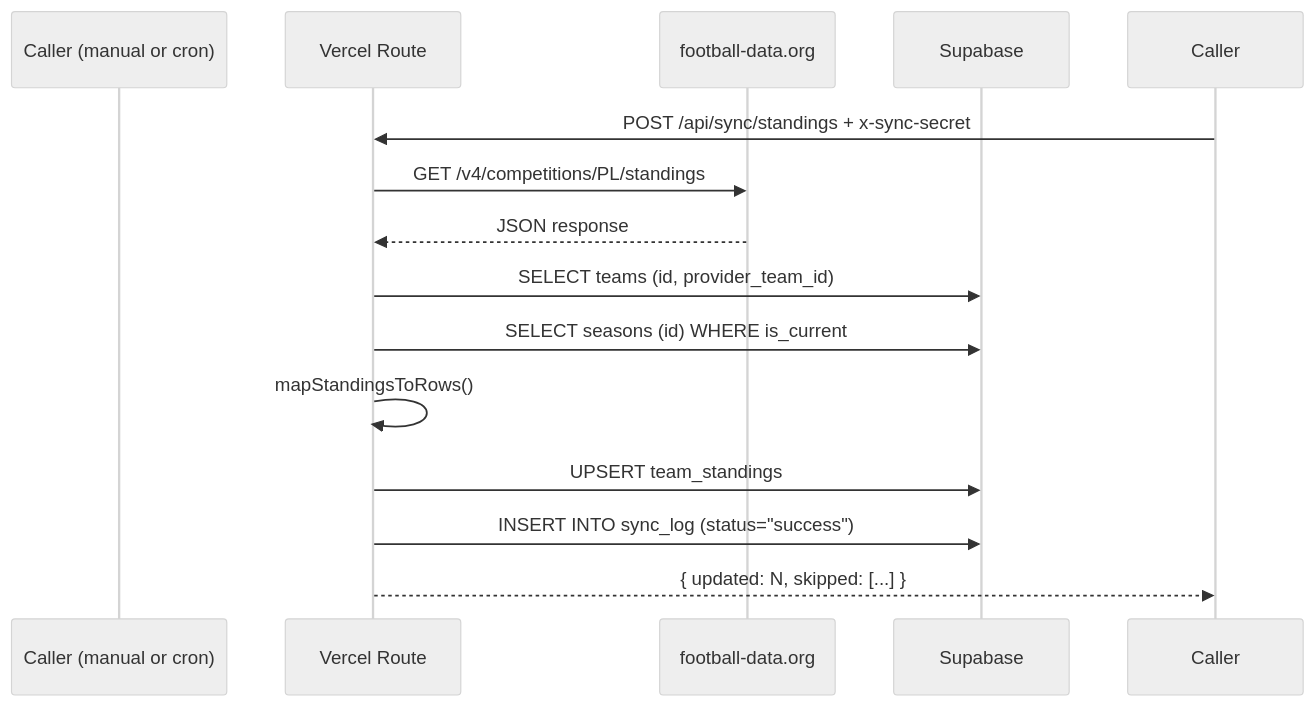
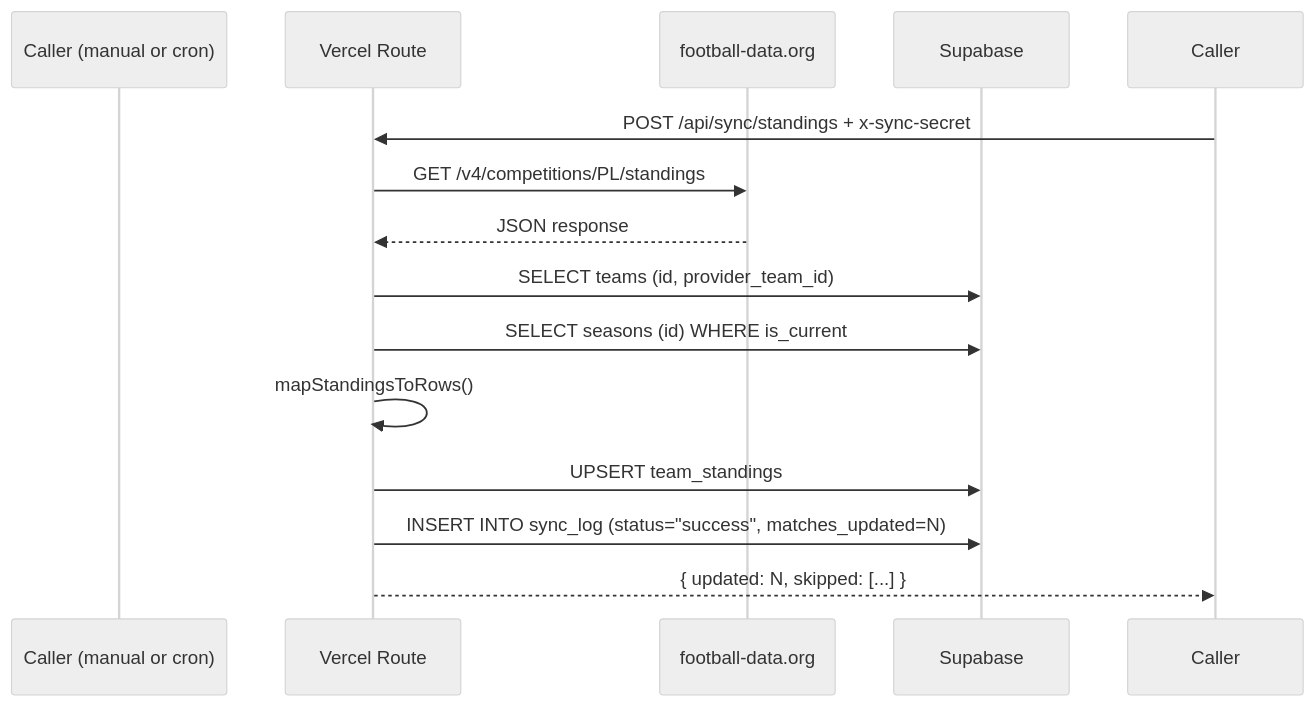
Before and after one commit to andysain/tipperoos: the diagram in openwiki/standings-sync/overview.md, drawn with Mermaid (neutral theme). The commit also changed 31 other files, not shown here.

````diff
--- a/openwiki/standings-sync/overview.md
+++ b/openwiki/standings-sync/overview.md
@@ -28,17 +28,17 @@
 ```mermaid
 sequenceDiagram
     participant Caller (manual or cron)
     participant Vercel Route
     participant football-data.org
     participant Supabase
 
     Caller->>Vercel Route: POST /api/sync/standings + x-sync-secret
     Vercel Route->>football-data.org: GET /v4/competitions/PL/standings
     football-data.org-->>Vercel Route: JSON response
     Vercel Route->>Supabase: SELECT teams (id, provider_team_id)
     Vercel Route->>Supabase: SELECT seasons (id) WHERE is_current
     Vercel Route->>Vercel Route: mapStandingsToRows()
     Vercel Route->>Supabase: UPSERT team_standings
-    Vercel Route->>Supabase: INSERT INTO sync_log (status="success")
+    Vercel Route->>Supabase: INSERT INTO sync_log (status="success", matches_updated=N)
     Vercel Route-->>Caller: { updated: N, skipped: [...] }
 ```
````
